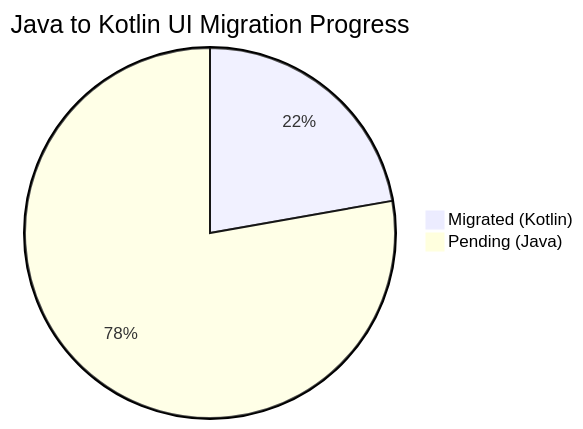
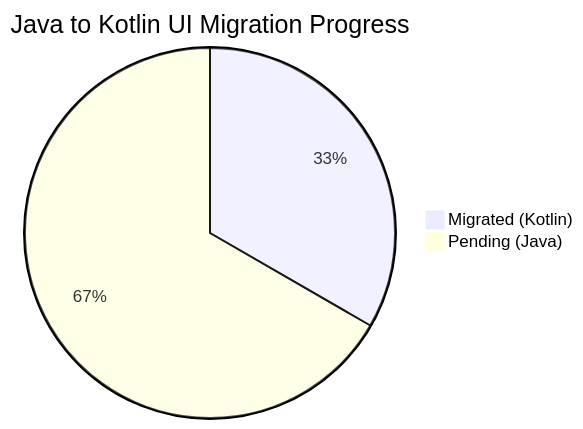
One commit to solomonrajan/cashledger changed the second of 2 diagrams in README.md. Above: the diagram before and after it, drawn with Mermaid. The commit also changed other lines of this file and 8 other files, not shown here.

````diff
--- a/README.md
+++ b/README.md
@@ -158,5 +158,5 @@
 ```mermaid
 pie title Java to Kotlin UI Migration Progress
-    "Migrated (Kotlin)" : 8
-    "Pending (Java)" : 28
+    "Migrated (Kotlin)" : 12
+    "Pending (Java)" : 24
 ```
````
